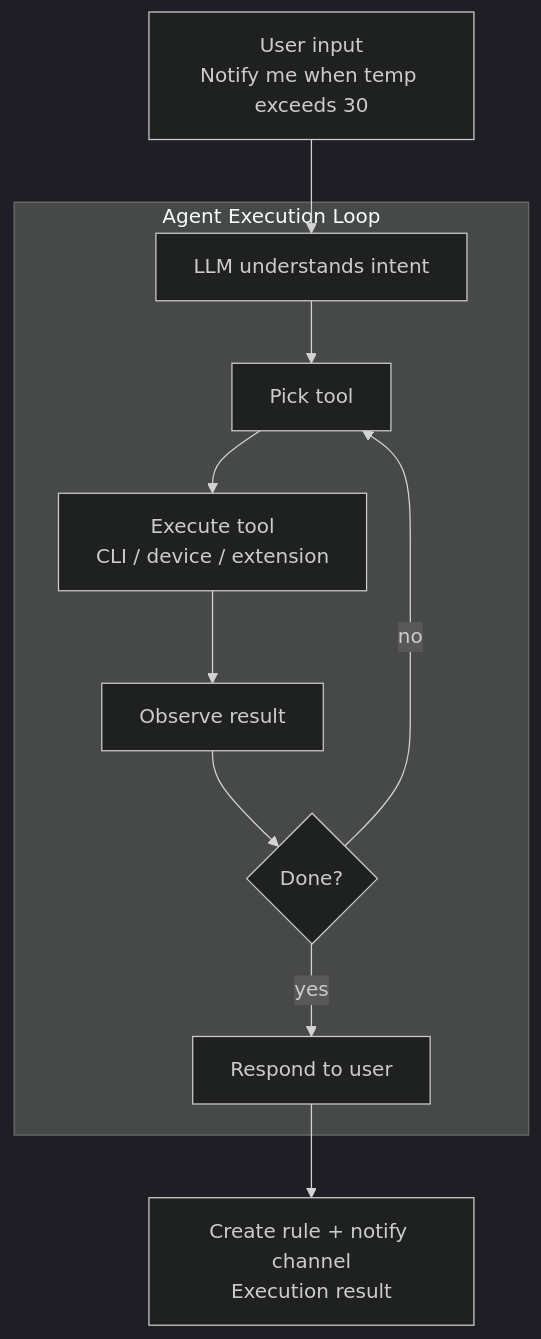
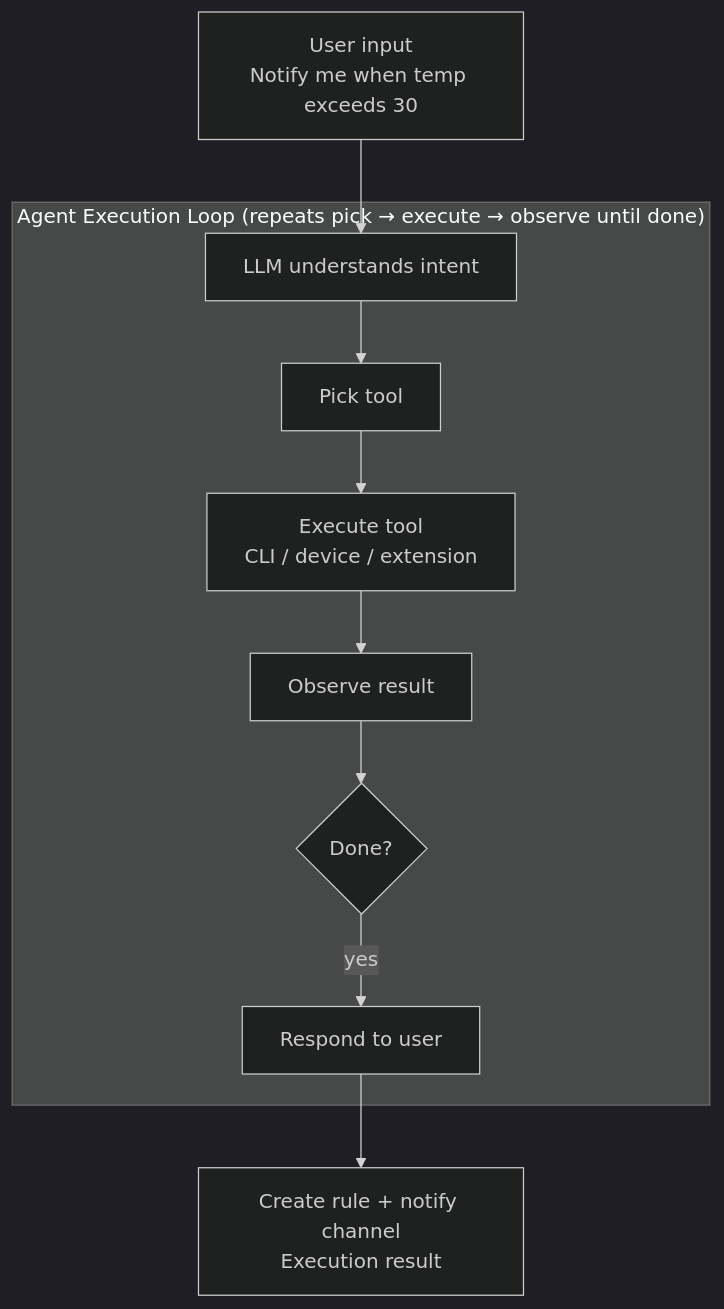
Before and after one commit to luommy/wiki-documents: the fourth of 4 diagrams in i18n/en/docusaurus-plugin-content-docs/current/0-neomind/concepts/2-core-concepts.md, drawn with Mermaid (dark theme). The commit also changed 1 other file, not shown here.

Commit message:
fix(docs): remove dagre-crashing back-edge in Agent Model flowchart
The Agent execution loop diagram had a directed back-edge
(DECIDE →|no|→ CHOOSE) that created a cycle, crashing dagre's
network-simplex ranker with "Cannot read properties of undefined
(reading 'v')". Removed the back-edge and moved the loop concept
into the subgraph title. Same fix as bb673553 for the AI Agent page.

````diff
--- a/i18n/en/docusaurus-plugin-content-docs/current/0-neomind/concepts/2-core-concepts.md
+++ b/i18n/en/docusaurus-plugin-content-docs/current/0-neomind/concepts/2-core-concepts.md
@@ -168,16 +168,15 @@
 ```mermaid
 flowchart TB
     INPUT[User input<br/>Notify me when temp exceeds 30]
     INPUT --> LLM[LLM understands intent]
 
-    subgraph Loop["Agent Execution Loop"]
+    subgraph Loop["Agent Execution Loop (repeats pick → execute → observe until done)"]
         LLM --> CHOOSE[Pick tool]
         CHOOSE --> EXEC[Execute tool<br/>CLI / device / extension]
         EXEC --> OBSERVE[Observe result]
         OBSERVE --> DECIDE{Done?}
-        DECIDE -->|no| CHOOSE
         DECIDE -->|yes| RESPOND[Respond to user]
     end
 
     RESPOND --> OUT[Create rule + notify channel<br/>Execution result]
 ```
````
